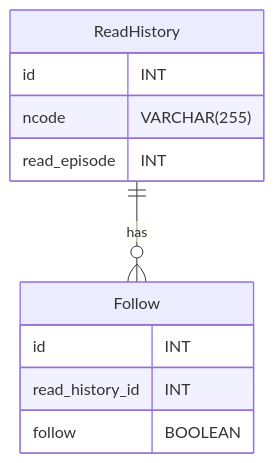
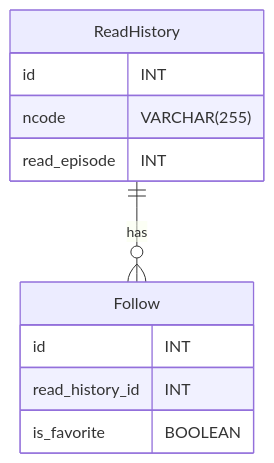
The diagram in docs/erd.md (watame/mobile_web_novel_reader), drawn with Mermaid before and after one commit. The commit also changed other lines of this file, not shown here.

Commit message:
カラム名をfollowからis_followに変更

````diff
--- a/docs/erd.md
+++ b/docs/erd.md
@@ -11,15 +11,15 @@
 ```mermaid
 erDiagram
     ReadHistory {
         id INT
         ncode VARCHAR(255)
         read_episode INT
     }
     Follow {
         id INT
         read_history_id INT
-        follow BOOLEAN
+        is_favorite BOOLEAN
     }
     ReadHistory ||--o{ Follow : "has"
 
 ```
````
